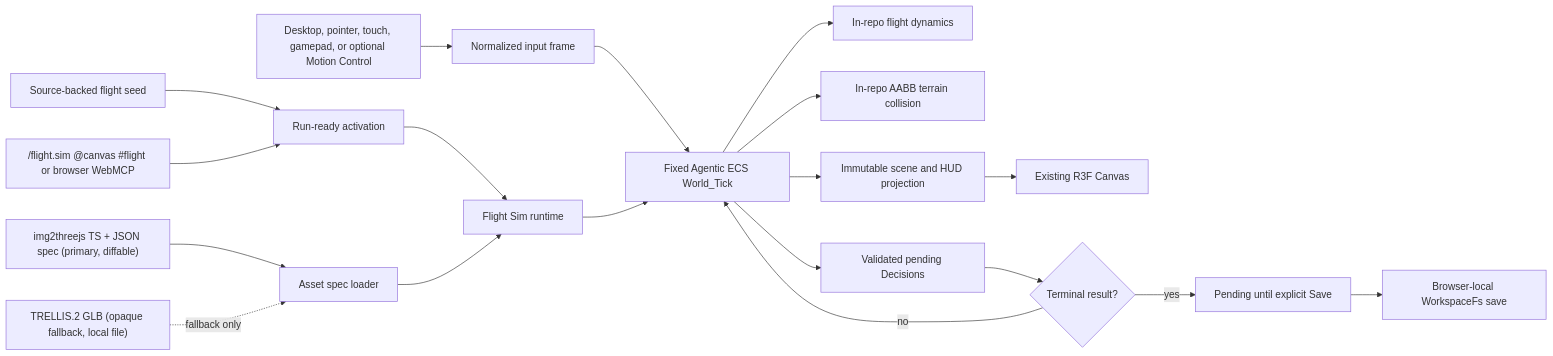
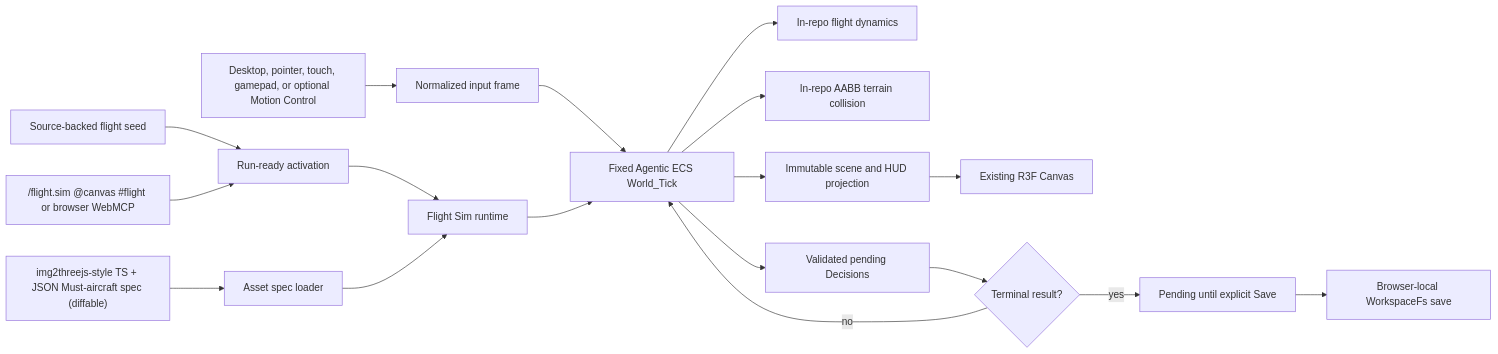
The diagram in docs/documents/knowgrph-game-flight-sim-prd-tad.md (huijoohwee/knowgrph), drawn with Mermaid before and after one commit. The commit also changed other lines of this file and 90 other files, not shown here.

````diff
--- a/docs/documents/knowgrph-game-flight-sim-prd-tad.md
+++ b/docs/documents/knowgrph-game-flight-sim-prd-tad.md
@@ -209,21 +211,20 @@
 ```mermaid
 flowchart LR
   SEED["Source-backed flight seed"] --> ACTIVATE["Run-ready activation"]
   INVOKE["/flight.sim @canvas #flight or browser WebMCP"] --> ACTIVATE
   ACTIVATE --> RUNTIME["Flight Sim runtime"]
   ASSETS["Asset spec loader"] --> RUNTIME
-  SPEC["img2threejs TS + JSON spec (primary, diffable)"] --> ASSETS
-  GLB["TRELLIS.2 GLB (opaque fallback, local file)"] -. fallback only .-> ASSETS
+  SPEC["img2threejs-style TS + JSON Must-aircraft spec (diffable)"] --> ASSETS
   INPUT["Desktop, pointer, touch, gamepad, or optional Motion Control"] --> NORMALIZE["Normalized input frame"]
   NORMALIZE --> TICK["Fixed Agentic ECS World_Tick"]
   RUNTIME --> TICK
   TICK --> DYN["In-repo flight dynamics"]
   TICK --> COLLISION["In-repo AABB terrain collision"]
   TICK --> VIEW["Immutable scene and HUD projection"]
   VIEW --> THREE["Existing R3F Canvas"]
   TICK --> PENDING["Validated pending Decisions"]
   PENDING --> TERMINAL{"Terminal result?"}
   TERMINAL -->|no| TICK
   TERMINAL -->|yes| WAIT["Pending until explicit Save"]
   WAIT --> SAVE["Browser-local WorkspaceFs save"]
 ```
````
